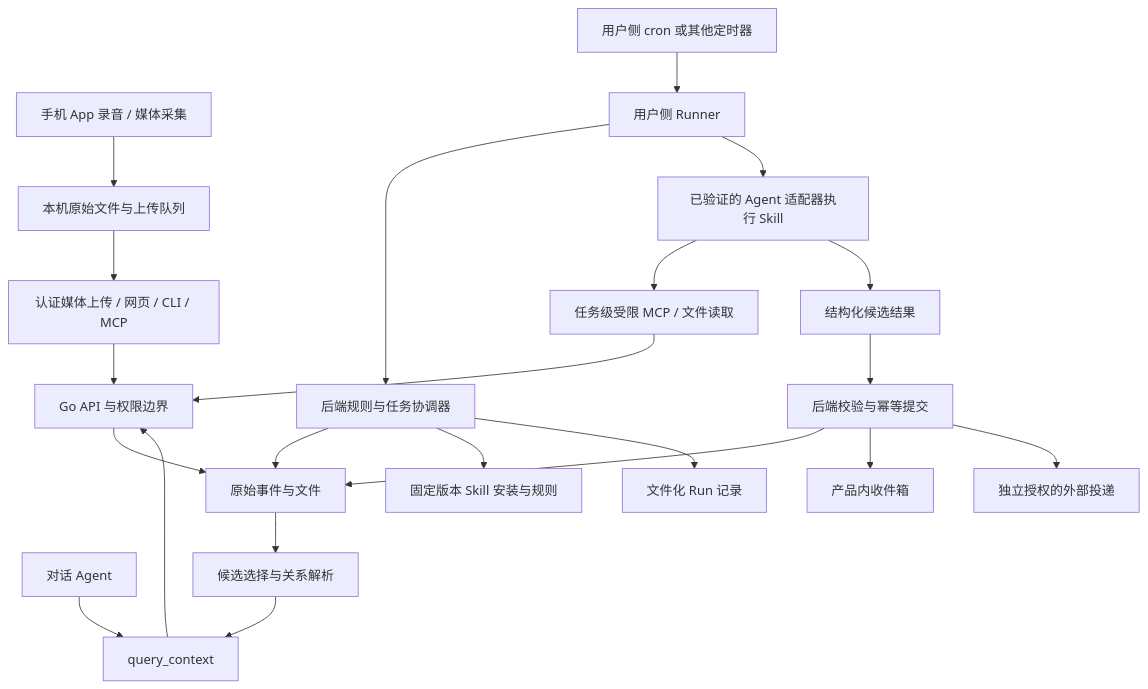
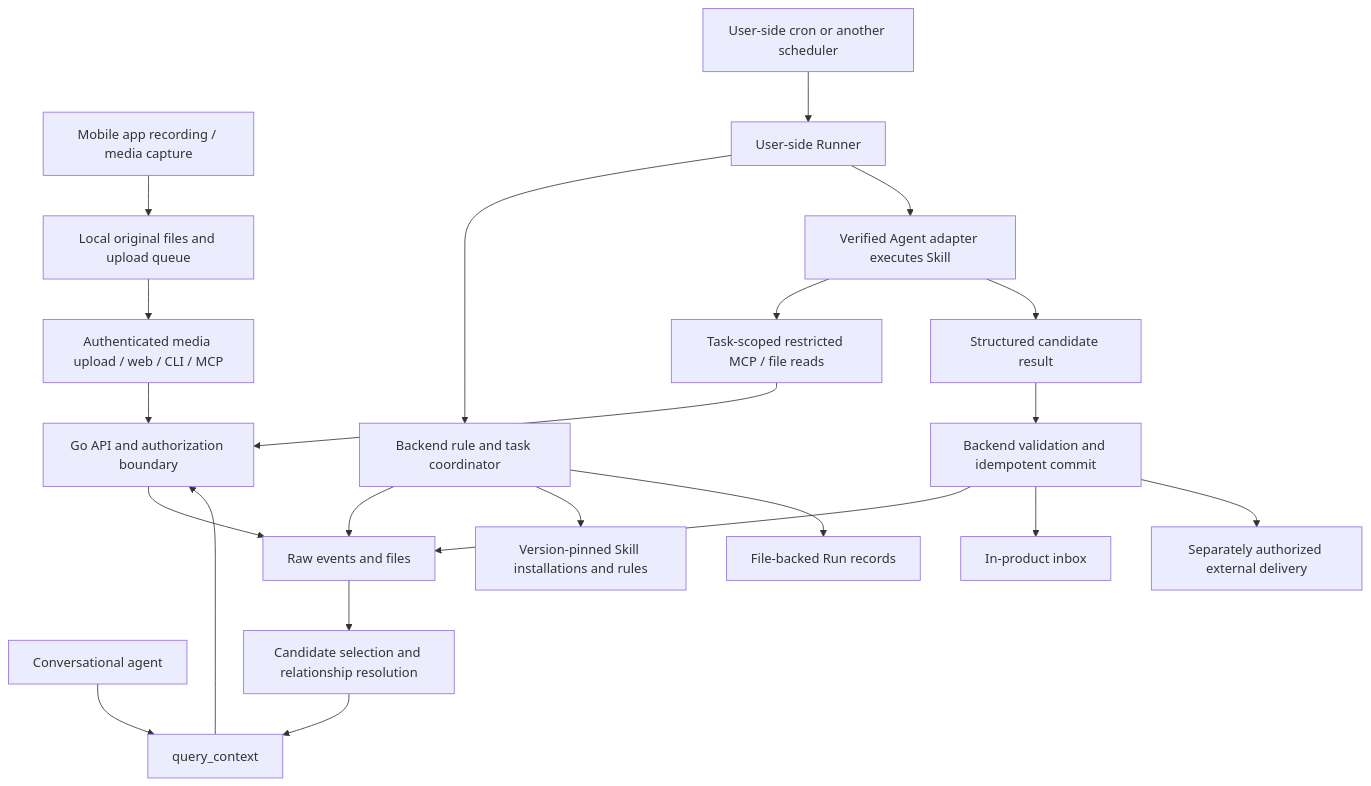
One commit to flyfy1/event-driven-context changed the diagram in docs/archive/technical-design-v1.md. Above: the diagram before and after it, drawn with Mermaid. The commit also changed other lines of this file and 13 other files, not shown here.

```diff
--- a/docs/archive/technical-design-v1.md
+++ b/docs/archive/technical-design-v1.md
@@ -37,24 +39,24 @@
 ~~~mermaid
 flowchart TD
-    Phone[手机 App 录音 / 媒体采集] --> Local[本机原始文件与上传队列]
-    Local --> Input[认证媒体上传 / 网页 / CLI / MCP]
-    Input --> API[Go API 与权限边界]
-    API --> Events[原始事件与文件]
-    Chat[对话 Agent] --> Context[query_context]
+    Phone[Mobile app recording / media capture] --> Local[Local original files and upload queue]
+    Local --> Input[Authenticated media upload / web / CLI / MCP]
+    Input --> API[Go API and authorization boundary]
+    API --> Events[Raw events and files]
+    Chat[Conversational agent] --> Context[query_context]
     Context --> API
-    Events --> Select[候选选择与关系解析]
+    Events --> Select[Candidate selection and relationship resolution]
     Select --> Context
-    Cron[用户侧 cron 或其他定时器] --> Runner[用户侧 Runner]
-    Runner --> Coordinator[后端规则与任务协调器]
+    Cron[User-side cron or another scheduler] --> Runner[User-side Runner]
+    Runner --> Coordinator[Backend rule and task coordinator]
     Coordinator --> Events
-    Coordinator --> Config[固定版本 Skill 安装与规则]
-    Coordinator --> Runs[文件化 Run 记录]
-    Runner --> Agent[已验证的 Agent 适配器执行 Skill]
-    Agent --> Restricted[任务级受限 MCP / 文件读取]
+    Coordinator --> Config[Version-pinned Skill installations and rules]
+    Coordinator --> Runs[File-backed Run records]
+    Runner --> Agent[Verified Agent adapter executes Skill]
+    Agent --> Restricted[Task-scoped restricted MCP / file reads]
     Restricted --> API
-    Agent --> Candidate[结构化候选结果]
-    Candidate --> Commit[后端校验与幂等提交]
+    Agent --> Candidate[Structured candidate result]
+    Candidate --> Commit[Backend validation and idempotent commit]
     Commit --> Events
-    Commit --> Inbox[产品内收件箱]
-    Commit --> Delivery[独立授权的外部投递]
+    Commit --> Inbox[In-product inbox]
+    Commit --> Delivery[Separately authorized external delivery]
 ~~~
```
